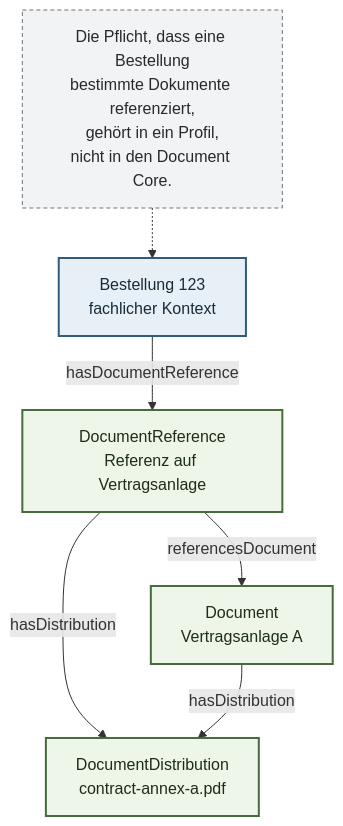
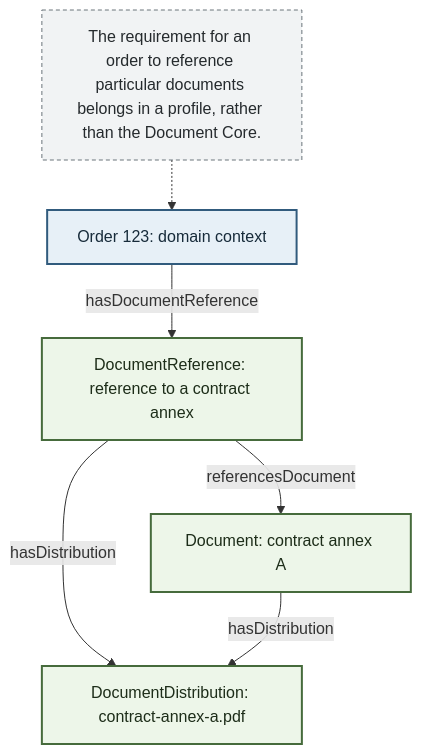
The second of 5 diagrams in modules/core/document/docs/diagrams/document-concept-model.md (project-construct-x/constructx-ontologies), drawn with Mermaid before and after one commit. The commit also changed other lines of this file and 230 other files, not shown here.

````diff
--- a/modules/core/document/docs/diagrams/document-concept-model.md
+++ b/modules/core/document/docs/diagrams/document-concept-model.md
@@ -47,23 +45,23 @@
 ```mermaid
 flowchart TB
-    Order["Bestellung 123<br/>fachlicher Kontext"]
-    Ref["DocumentReference<br/>Referenz auf Vertragsanlage"]
-    Doc["Document<br/>Vertragsanlage A"]
-    Pdf["DocumentDistribution<br/>contract-annex-a.pdf"]
+    Order["Order 123: domain context"]
+    Ref["DocumentReference: reference to a contract annex"]
+    Doc["Document: contract annex A"]
+    Pdf["DocumentDistribution: contract-annex-a.pdf"]
 
     Order -->|"hasDocumentReference"| Ref
     Ref -->|"referencesDocument"| Doc
     Ref -->|"hasDistribution"| Pdf
     Doc -->|"hasDistribution"| Pdf
 
-    Note["Die Pflicht, dass eine Bestellung<br/>bestimmte Dokumente referenziert,<br/>gehört in ein Profil,<br/>nicht in den Document Core."]
+    Note["The requirement for an order to reference particular documents belongs in a profile, rather than the Document Core."]
     Note -.-> Order
 
     classDef context fill:#e7f0f7,stroke:#315b7d,color:#172b3a,stroke-width:2px;
     classDef core fill:#edf6e9,stroke:#466b3c,color:#1d2d19,stroke-width:2px;
     classDef note fill:#f1f3f4,stroke:#6b747a,color:#252a2d,stroke-dasharray:4 3;
 
     class Order context;
     class Ref,Doc,Pdf core;
     class Note note;
 ```
````
